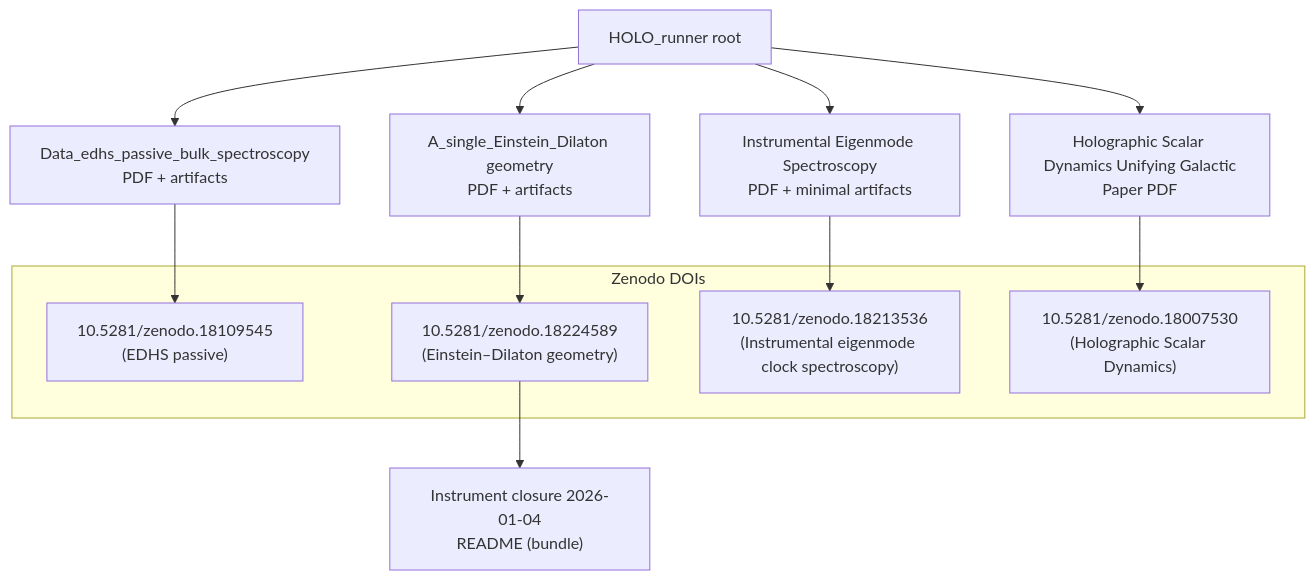
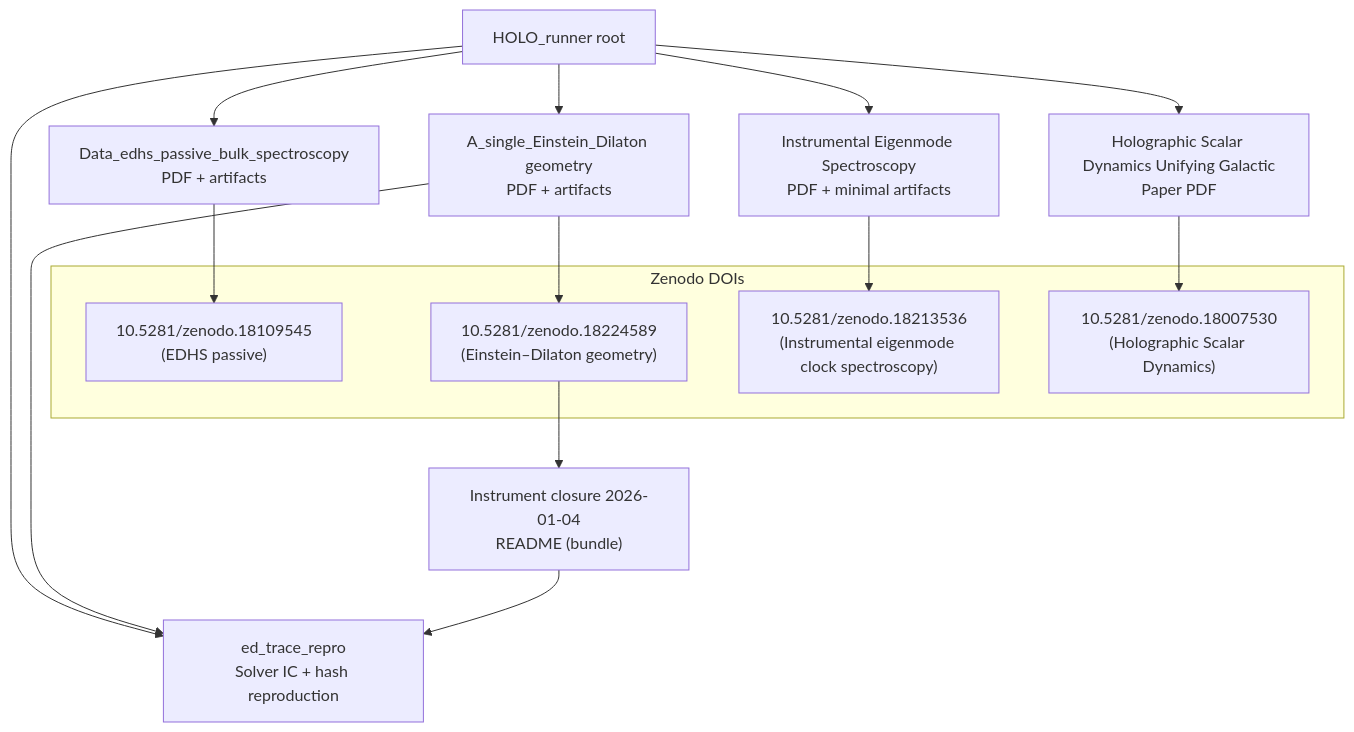
Before and after one commit to RAPIDENN/HOLO_runner: the diagram in README.md, drawn with Mermaid. The commit also changed other lines of this file and 4 other files, not shown here.

Commit message:
Add public ED trace reproduction metadata

````diff
--- a/README.md
+++ b/README.md
@@ -5,29 +5,33 @@
 ```mermaid
 flowchart TD
     A["HOLO_runner root"] --> B["Data_edhs_passive_bulk_spectroscopy<br/>PDF + artifacts"]
     A --> D["A_single_Einstein_Dilaton geometry<br/>PDF + artifacts"]
     A --> HSD["Holographic Scalar Dynamics Unifying Galactic<br/>Paper PDF"]
     A --> E["Instrumental Eigenmode Spectroscopy<br/>PDF + minimal artifacts"]
+    A --> R["ed_trace_repro<br/>Solver IC + hash reproduction"]
 
     subgraph Zenodo DOIs
         Z1["10.5281/zenodo.18109545<br/>(EDHS passive)"]
         Z2["10.5281/zenodo.18224589<br/>(Einstein–Dilaton geometry)"]
         Z3["10.5281/zenodo.18213536<br/>(Instrumental eigenmode clock spectroscopy)"]
         Z4["10.5281/zenodo.18007530<br/>(Holographic Scalar Dynamics)"]
     end
     B --> Z1
     D --> Z2
     E --> Z3
     HSD --> Z4
     Z2 --> IC["Instrument closure 2026-01-04<br/>README (bundle)"]
+    D --> R
+    IC --> R
 
     click B "https://github.com/RAPIDENN/HOLO_runner/tree/master/Data_edhs_passive_bulk_spectroscopy" "Open on GitHub"
     click D "https://github.com/RAPIDENN/HOLO_runner/tree/master/A_single_Einstein_Dilaton%20geometry" "Open on GitHub"
     click HSD "https://github.com/RAPIDENN/HOLO_runner/tree/master/Holographic%20Scalar%20Dynamics%20Unifying%20Galactic" "Open on GitHub"
     click E "https://github.com/RAPIDENN/HOLO_runner/tree/master/Instrumental%20Eigenmode%20Spectroscopy%20of%20a%20Holographic%20Einstein--Dilaton%20Bulk%20Using%20Optical%20Clocks" "Open on GitHub"
+    click R "https://github.com/RAPIDENN/HOLO_runner/tree/master/ed_trace_repro" "Open ED trace reproduction"
     click IC "https://github.com/RAPIDENN/HOLO_runner/blob/master/instrument_closure/2026-01-04/README.md" "Open instrument closure"
     click Z1 "https://doi.org/10.5281/zenodo.18109545" "Open Zenodo"
     click Z2 "https://doi.org/10.5281/zenodo.18224589" "Open Zenodo"
     click Z3 "https://doi.org/10.5281/zenodo.18213536" "Open Zenodo"
     click Z4 "https://doi.org/10.5281/zenodo.18007530" "Open Zenodo"
 ```
````
